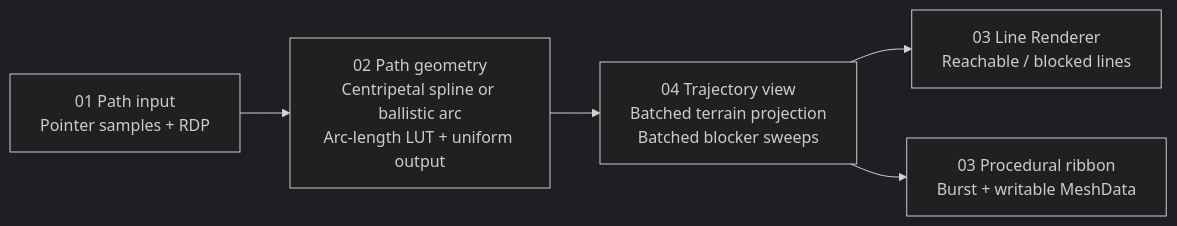
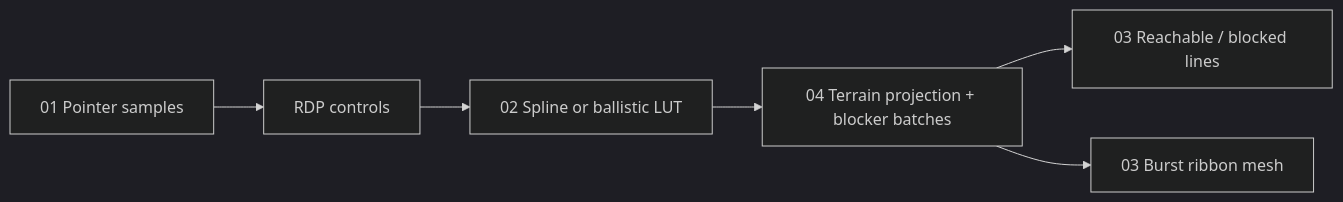
One commit to Mr444-dev/unity-trajectory-pathdrawer changed the diagram in README.md. Above: the diagram before and after it, drawn with Mermaid (dark theme). The commit also changed other lines of this file and 7 other files, not shown here.

Commit message:
Refresh PathDrawer trajectory showcase visuals

````diff
--- a/README.md
+++ b/README.md
@@ -11,7 +18,8 @@
 ```mermaid
 flowchart LR
-    A[01 Path input<br/>Pointer samples + RDP] --> B[02 Path geometry<br/>Centripetal spline or ballistic arc<br/>Arc-length LUT + uniform output]
-    B --> C[04 Trajectory view<br/>Batched terrain projection<br/>Batched blocker sweeps]
-    C --> D[03 Line Renderer<br/>Reachable / blocked lines]
-    C --> E[03 Procedural ribbon<br/>Burst + writable MeshData]
+    I[01 Pointer samples] --> R[RDP controls]
+    R --> G[02 Spline or ballistic LUT]
+    G --> P[04 Terrain projection + blocker batches]
+    P --> L[03 Reachable / blocked lines]
+    P --> M[03 Burst ribbon mesh]
 ```
````
